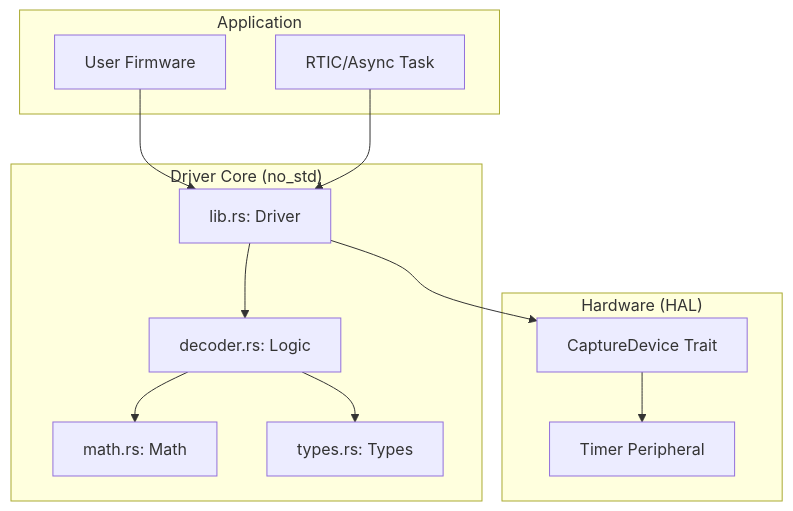
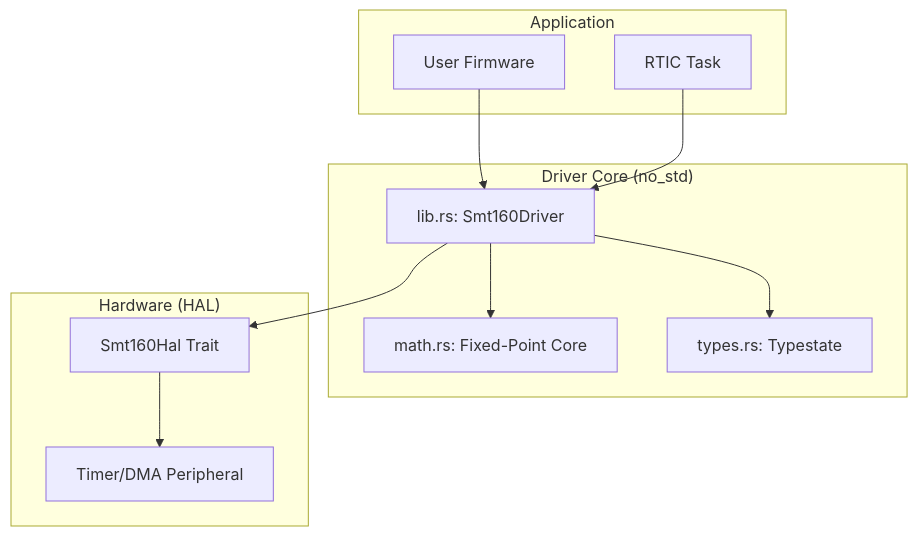
Before and after one commit to FaezBarghasa/smt160-driver: the first of 4 diagrams in Diagrams.md, drawn with Mermaid. The commit also changed other lines of this file and 7 other files, not shown here.

Commit message:
docs: update technical documentation, status taxonomies, and architectural diagrams to reflect refined signal processing and error handling logic

````diff
--- a/Diagrams.md
+++ b/Diagrams.md
@@ -10,27 +10,25 @@
 ```mermaid
 graph TD
     subgraph "Application"
         App[User Firmware]
-        RTIC[RTIC/Async Task]
+        RTIC[RTIC Task]
     end
 
     subgraph "Driver Core (no_std)"
-        Lib[lib.rs: Driver]
-        Dec[decoder.rs: Logic]
-        Math[math.rs: Math]
-        Types[types.rs: Types]
+        Lib[lib.rs: Smt160Driver]
+        Math[math.rs: Fixed-Point Core]
+        Types[types.rs: Typestate]
     end
 
     subgraph "Hardware (HAL)"
-        Trait[CaptureDevice Trait]
-        HW[Timer Peripheral]
+        Trait[Smt160Hal Trait]
+        HW[Timer/DMA Peripheral]
     end
 
     App --> Lib
     RTIC --> Lib
-    Lib --> Dec
     Lib --> Trait
-    Dec --> Math
-    Dec --> Types
+    Lib --> Math
+    Lib --> Types
     Trait --> HW
 ```
````
